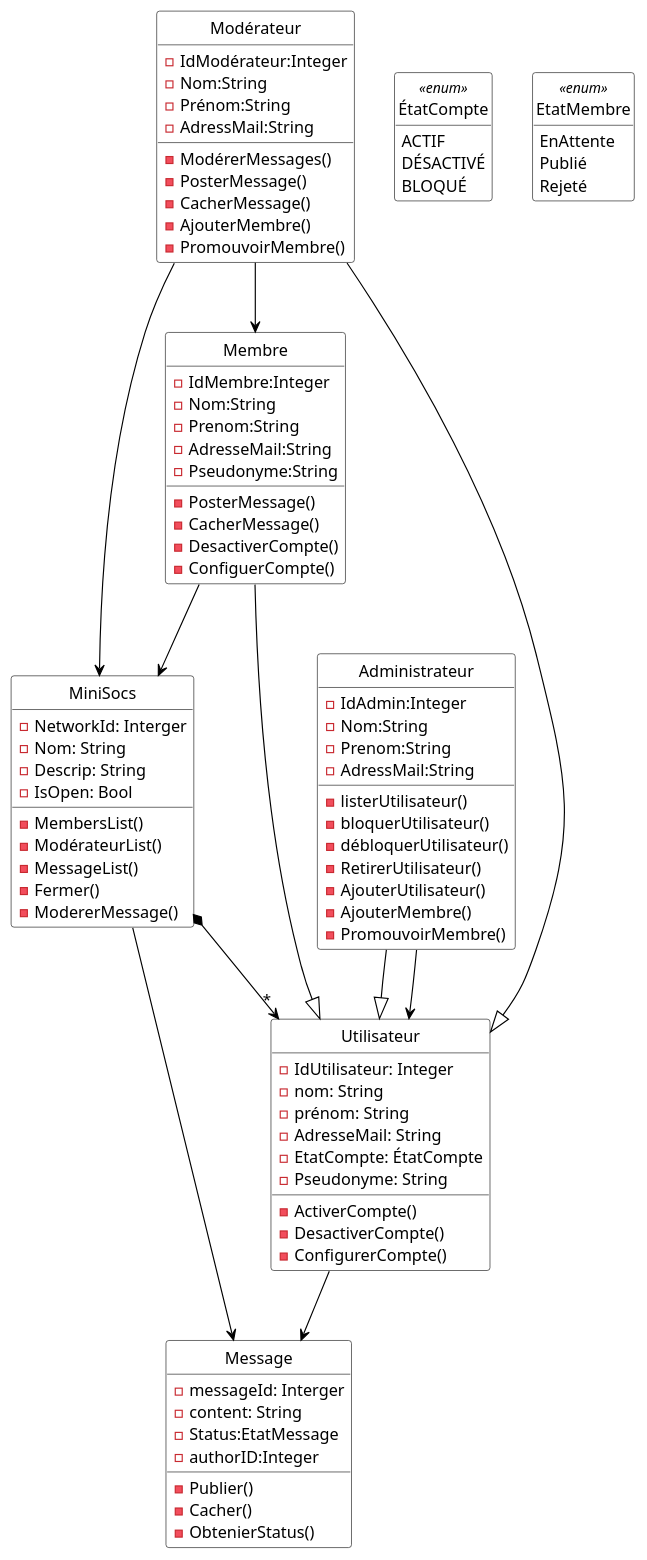
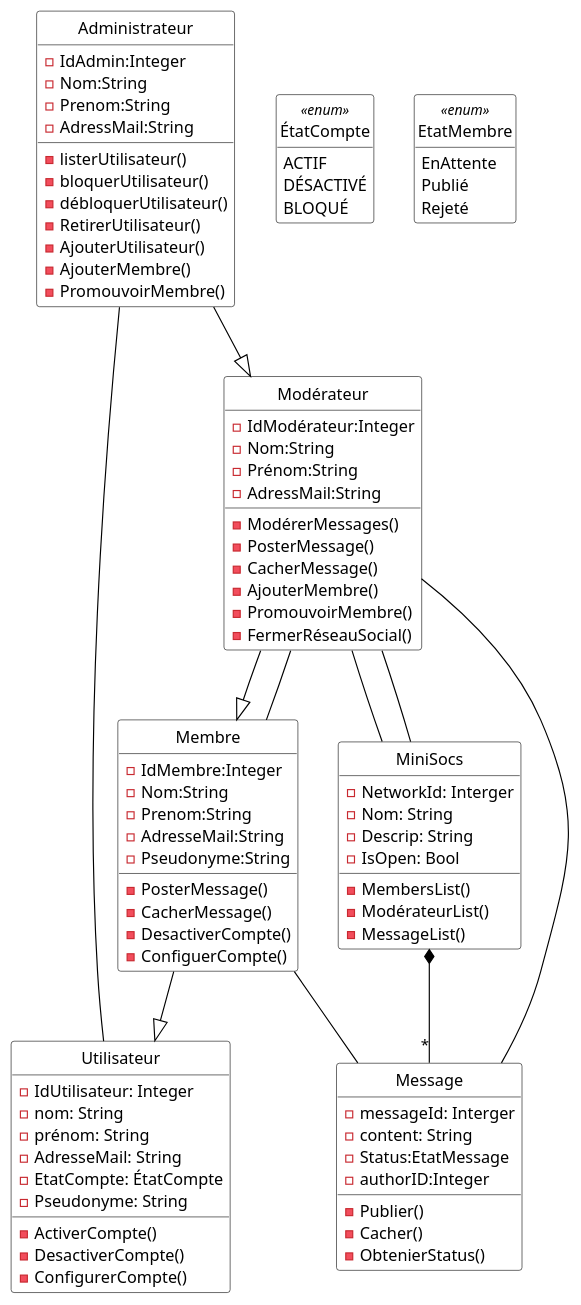
Before and after one commit to yesminete/MiniSocs: the diagram in Diagrammes/minisocs_uml_diag_classes_sans_notif.pu, drawn with PlantUML. The commit also changed 1 other file, not shown here.

Commit message:
diagramme de classe modifié

```diff
--- a/Diagrammes/minisocs_uml_diag_classes_sans_notif.pu
+++ b/Diagrammes/minisocs_uml_diag_classes_sans_notif.pu
@@ -1,117 +1,117 @@
 @startuml
 
 'Diagramme de classes (PlantUML)'
 
 'Configuration charte graphique'
 hide empty methods
 hide circle
 skinparam class {
   BackgroundColor White
   ArrowColor Black
   BorderColor Black
 }
 
 'Classes, énumérations, etc.'
 class MiniSocs {
   -NetworkId: Interger
   -Nom: String
   -Descrip: String
   -IsOpen: Bool
   -MembersList()
   -ModérateurList()
   -MessageList()
-  - Fermer()
-  -ModererMessage()
 }
 
 
 class Utilisateur {
   - IdUtilisateur: Integer
   - nom: String
   - prénom: String
   - AdresseMail: String
   -EtatCompte: ÉtatCompte
   -Pseudonyme: String
   -ActiverCompte()
   -DesactiverCompte()
   -ConfigurerCompte()
 }
 
 
 class Membre{
   -IdMembre:Integer
   -Nom:String
   -Prenom:String
   -AdresseMail:String
   - Pseudonyme:String
   -PosterMessage()
   -CacherMessage()
   -DesactiverCompte()
   -ConfiguerCompte()
 }
 
 
 class Administrateur{
   -IdAdmin:Integer
   -Nom:String
   -Prenom:String
   -AdressMail:String
   -listerUtilisateur()
   -bloquerUtilisateur()
   -débloquerUtilisateur()
   -RetirerUtilisateur()
   -AjouterUtilisateur()
   -AjouterMembre()
   -PromouvoirMembre()
 }
 class Modérateur {
   -IdModérateur:Integer
   -Nom:String
   -Prénom:String
   -AdressMail:String
   -ModérerMessages()
   -PosterMessage()
   -CacherMessage()
   -AjouterMembre()
   -PromouvoirMembre()
+  -FermerRéseauSocial()
+  
 }
 
 class Message{
   -messageId: Interger
   -content: String
   -Status:EtatMessage
   -authorID:Integer
   -Publier()
   -Cacher()
   -ObtenierStatus()
 }
 
 enum ÉtatCompte <<enum>> {
   ACTIF
   DÉSACTIVÉ
   BLOQUÉ
 }
 
 enum EtatMembre <<enum>>{
   EnAttente
   Publié
   Rejeté
 }
 
 'Associations, etc.'
-MiniSocs *--> "*" Utilisateur
 
-Administrateur--|> Utilisateur
-Membre --|> Utilisateur
-Modérateur --|> Utilisateur
-Administrateur --> Utilisateur
-Modérateur --> Membre
-Modérateur --> MiniSocs
-Membre--> MiniSocs
-MiniSocs--> Message
-Utilisateur --> Message
+Administrateur--|> Modérateur
+Administrateur-- Utilisateur
+Membre --|> Utilisateur 
+Modérateur --|> Membre
+Modérateur--Membre
+Modérateur--MiniSocs
+Membre-- Message
+Modérateur--Message
+Modérateur--MiniSocs
+MiniSocs*--"*" Message
 
 
 'Au besoin, aides pour le positionnement'
 
 @enduml
```
